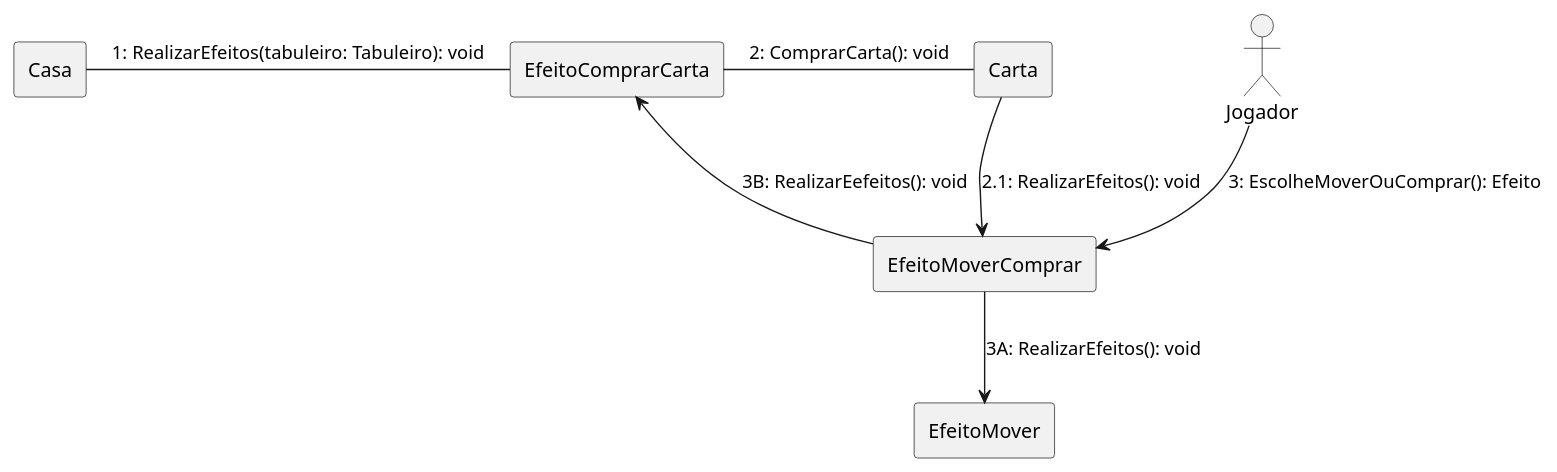
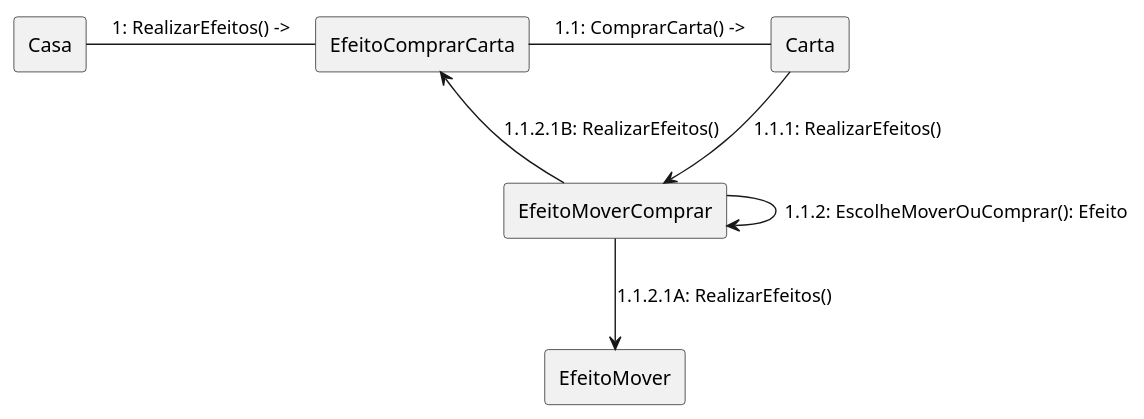
The diagram in Documentação/diagrama-comunicacao-Realiza-Efeito-Carta.plantuml (rogerpcto/ProjetoDeSoftware-UFF), drawn with PlantUML before and after one commit. The commit also changed 2 other files, not shown here.

Commit message:
Atualiza diagramas de comunicação com feedback do Professor

```diff
--- a/Documentação/diagrama-comunicacao-Realiza-Efeito-Carta.plantuml
+++ b/Documentação/diagrama-comunicacao-Realiza-Efeito-Carta.plantuml
@@ -1,22 +1,21 @@
 @startuml comunicacao
 
 skinparam linestyle ortho
 
 rectangle "Casa" as one
 rectangle "Carta" as two
 rectangle "EfeitoComprarCarta" as three
 rectangle "EfeitoMoverComprar" as four
 rectangle "EfeitoMover" as five
-Actor "Jogador" as jogador
 
-one -right- three: 1: RealizarEfeitos(tabuleiro: Tabuleiro): void
+one -right- three: 1: RealizarEfeitos() ->
 
-three -right- two: 2: ComprarCarta(): void
+three -right- two: 1.1: ComprarCarta() ->
 
-two --> four: 2.1: RealizarEfeitos(): void
+two --> four: 1.1.1: RealizarEfeitos()
 
-jogador --> four: 3: EscolheMoverOuComprar(): Efeito
-four --> five: 3A: RealizarEfeitos(): void
-four --> three: 3B: RealizarEefeitos(): void
+four --> four: 1.1.2: EscolheMoverOuComprar(): Efeito
+four --> five: 1.1.2.1A: RealizarEfeitos()
+four --> three: 1.1.2.1B: RealizarEfeitos()
 
 @enduml
```
